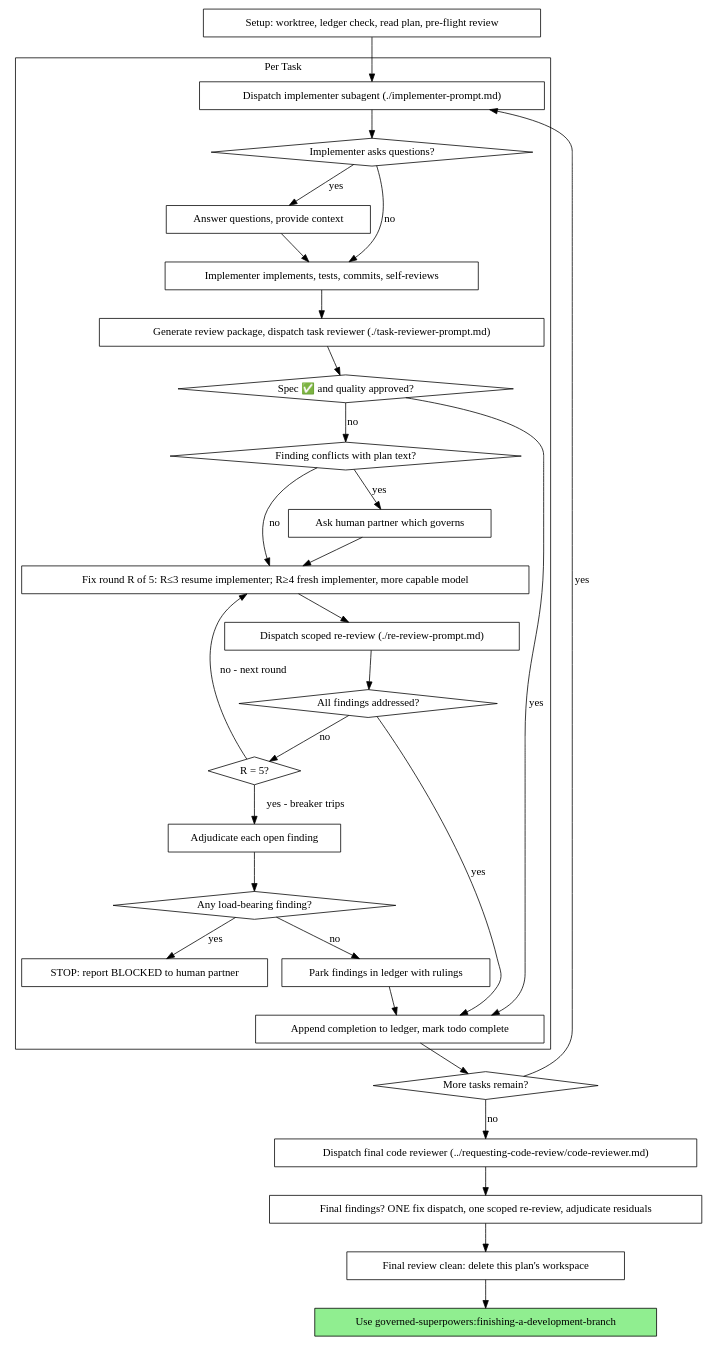
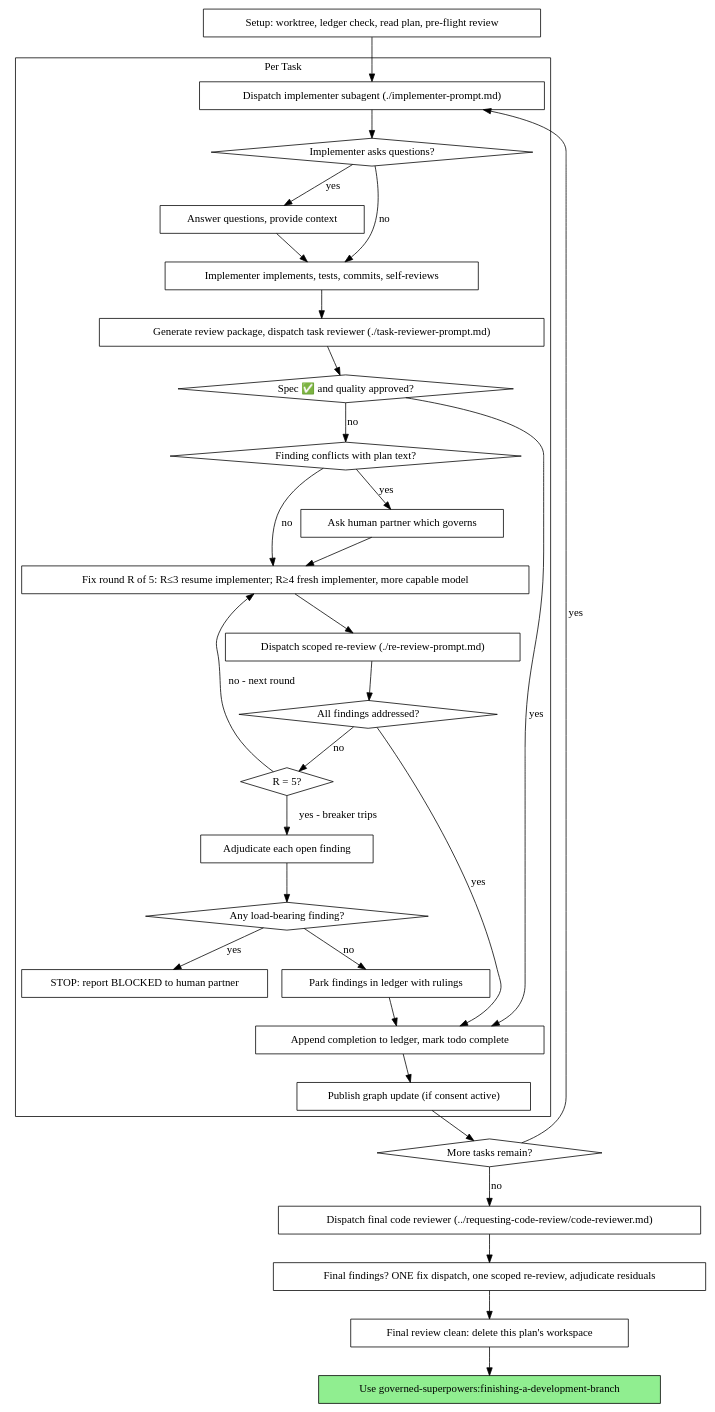
Before and after one commit to ai4se4ai-lab/governed-superpowers: the second of 2 diagrams in skills/subagent-driven-development/SKILL.md, drawn with Graphviz. The commit also changed other lines of this file, not shown here.

Commit message:
docs: publish collaboration graph after every completed task

````diff
--- a/skills/subagent-driven-development/SKILL.md
+++ b/skills/subagent-driven-development/SKILL.md
@@ -47,62 +47,64 @@
 ```dot
 digraph process {
     rankdir=TB;
 
     subgraph cluster_per_task {
         label="Per Task";
         "Dispatch implementer subagent (./implementer-prompt.md)" [shape=box];
         "Implementer asks questions?" [shape=diamond];
         "Answer questions, provide context" [shape=box];
         "Implementer implements, tests, commits, self-reviews" [shape=box];
         "Generate review package, dispatch task reviewer (./task-reviewer-prompt.md)" [shape=box];
         "Spec ✅ and quality approved?" [shape=diamond];
         "Finding conflicts with plan text?" [shape=diamond];
         "Ask human partner which governs" [shape=box];
         "Fix round R of 5: R≤3 resume implementer; R≥4 fresh implementer, more capable model" [shape=box];
         "Dispatch scoped re-review (./re-review-prompt.md)" [shape=box];
         "All findings addressed?" [shape=diamond];
         "R = 5?" [shape=diamond];
         "Adjudicate each open finding" [shape=box];
         "Any load-bearing finding?" [shape=diamond];
         "STOP: report BLOCKED to human partner" [shape=box];
         "Park findings in ledger with rulings" [shape=box];
         "Append completion to ledger, mark todo complete" [shape=box];
+        "Publish graph update (if consent active)" [shape=box];
     }
 
     "Setup: worktree, ledger check, read plan, pre-flight review" [shape=box];
     "More tasks remain?" [shape=diamond];
     "Dispatch final code reviewer (../requesting-code-review/code-reviewer.md)" [shape=box];
     "Final findings? ONE fix dispatch, one scoped re-review, adjudicate residuals" [shape=box];
     "Final review clean: delete this plan's workspace" [shape=box];
     "Use governed-superpowers:finishing-a-development-branch" [shape=box style=filled fillcolor=lightgreen];
 
     "Setup: worktree, ledger check, read plan, pre-flight review" -> "Dispatch implementer subagent (./implementer-prompt.md)";
     "Dispatch implementer subagent (./implementer-prompt.md)" -> "Implementer asks questions?";
     "Implementer asks questions?" -> "Answer questions, provide context" [label="yes"];
     "Answer questions, provide context" -> "Implementer implements, tests, commits, self-reviews";
     "Implementer asks questions?" -> "Implementer implements, tests, commits, self-reviews" [label="no"];
     "Implementer implements, tests, commits, self-reviews" -> "Generate review package, dispatch task reviewer (./task-reviewer-prompt.md)";
     "Generate review package, dispatch task reviewer (./task-reviewer-prompt.md)" -> "Spec ✅ and quality approved?";
     "Spec ✅ and quality approved?" -> "Append completion to ledger, mark todo complete" [label="yes"];
     "Spec ✅ and quality approved?" -> "Finding conflicts with plan text?" [label="no"];
     "Finding conflicts with plan text?" -> "Ask human partner which governs" [label="yes"];
     "Ask human partner which governs" -> "Fix round R of 5: R≤3 resume implementer; R≥4 fresh implementer, more capable model";
     "Finding conflicts with plan text?" -> "Fix round R of 5: R≤3 resume implementer; R≥4 fresh implementer, more capable model" [label="no"];
     "Fix round R of 5: R≤3 resume implementer; R≥4 fresh implementer, more capable model" -> "Dispatch scoped re-review (./re-review-prompt.md)";
     "Dispatch scoped re-review (./re-review-prompt.md)" -> "All findings addressed?";
     "All findings addressed?" -> "Append completion to ledger, mark todo complete" [label="yes"];
     "All findings addressed?" -> "R = 5?" [label="no"];
     "R = 5?" -> "Fix round R of 5: R≤3 resume implementer; R≥4 fresh implementer, more capable model" [label="no - next round"];
     "R = 5?" -> "Adjudicate each open finding" [label="yes - breaker trips"];
     "Adjudicate each open finding" -> "Any load-bearing finding?";
     "Any load-bearing finding?" -> "STOP: report BLOCKED to human partner" [label="yes"];
     "Any load-bearing finding?" -> "Park findings in ledger with rulings" [label="no"];
     "Park findings in ledger with rulings" -> "Append completion to ledger, mark todo complete";
-    "Append completion to ledger, mark todo complete" -> "More tasks remain?";
+    "Append completion to ledger, mark todo complete" -> "Publish graph update (if consent active)";
+    "Publish graph update (if consent active)" -> "More tasks remain?";
     "More tasks remain?" -> "Dispatch implementer subagent (./implementer-prompt.md)" [label="yes"];
     "More tasks remain?" -> "Dispatch final code reviewer (../requesting-code-review/code-reviewer.md)" [label="no"];
     "Dispatch final code reviewer (../requesting-code-review/code-reviewer.md)" -> "Final findings? ONE fix dispatch, one scoped re-review, adjudicate residuals";
     "Final findings? ONE fix dispatch, one scoped re-review, adjudicate residuals" -> "Final review clean: delete this plan's workspace";
     "Final review clean: delete this plan's workspace" -> "Use governed-superpowers:finishing-a-development-branch";
 }
 ```
````
